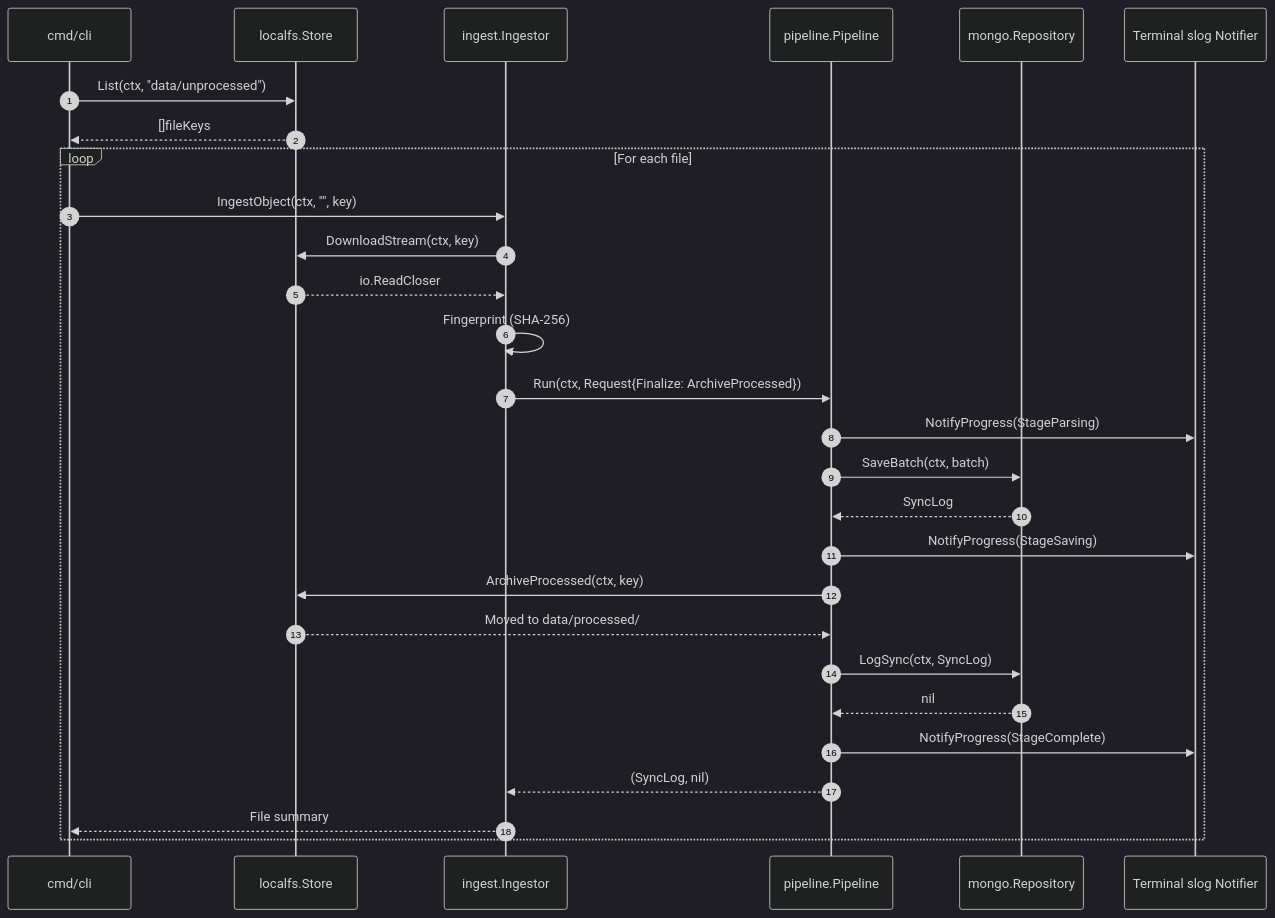
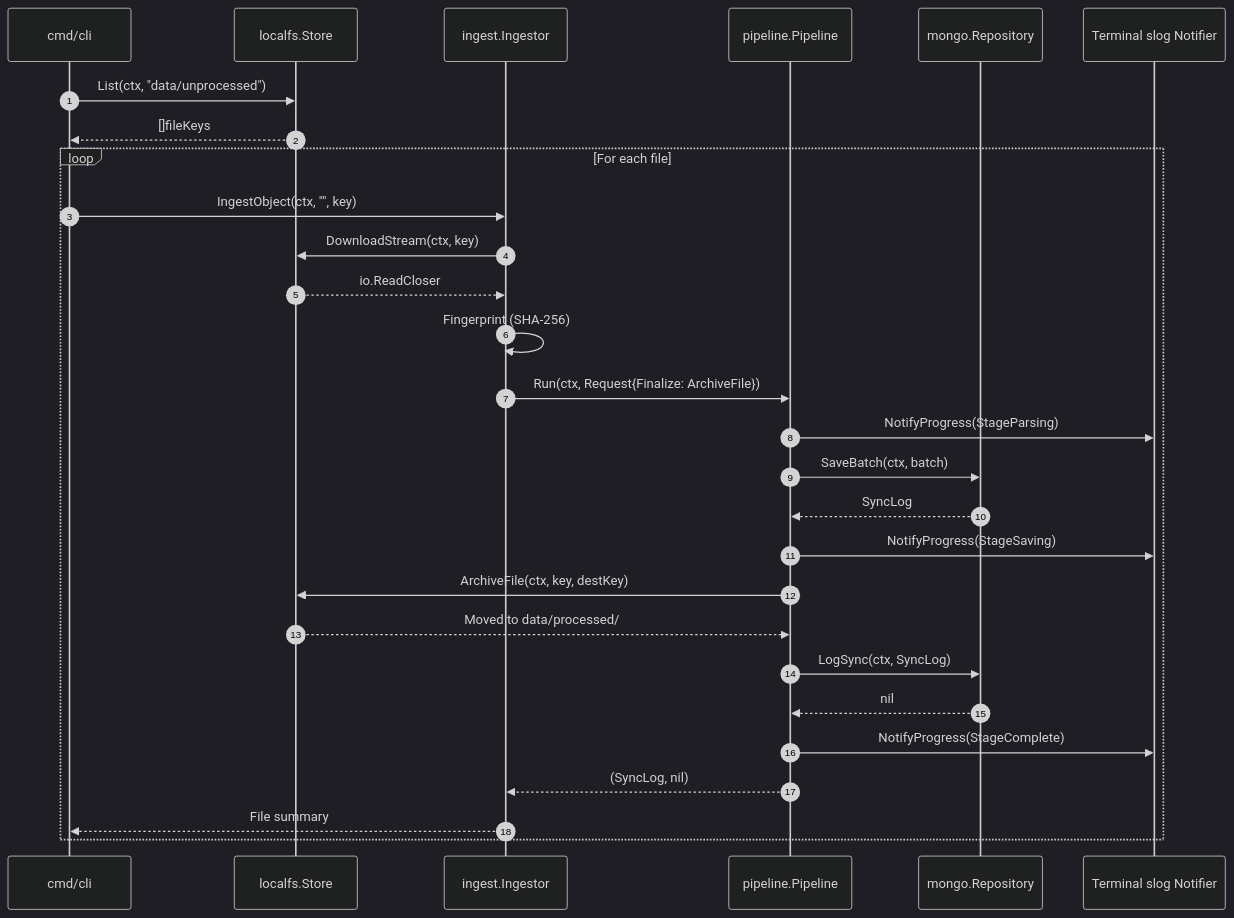
One commit to ajponte/babylon_data_loader changed the second of 3 diagrams in docs/specs/hexagonal-application-pipeline.md. Above: the diagram before and after it, drawn with Mermaid (dark theme). The commit also changed other lines of this file and 2 other files, not shown here.

````diff
--- a/docs/specs/hexagonal-application-pipeline.md
+++ b/docs/specs/hexagonal-application-pipeline.md
@@ -254,31 +254,31 @@
 ```mermaid
 sequenceDiagram
     autonumber
     participant CLI as cmd/cli
     participant LFS as localfs.Store
     participant I as ingest.Ingestor
     participant P as pipeline.Pipeline
     participant R as mongo.Repository
     participant Notifier as Terminal slog Notifier
 
     CLI->>LFS: List(ctx, "data/unprocessed")
     LFS-->>CLI: []fileKeys
     loop For each file
         CLI->>I: IngestObject(ctx, "", key)
         I->>LFS: DownloadStream(ctx, key)
         LFS-->>I: io.ReadCloser
         I->>I: Fingerprint (SHA-256)
-        I->>P: Run(ctx, Request{Finalize: ArchiveProcessed})
+        I->>P: Run(ctx, Request{Finalize: ArchiveFile})
         P->>Notifier: NotifyProgress(StageParsing)
         P->>R: SaveBatch(ctx, batch)
         R-->>P: SyncLog
         P->>Notifier: NotifyProgress(StageSaving)
-        P->>LFS: ArchiveProcessed(ctx, key)
+        P->>LFS: ArchiveFile(ctx, key, destKey)
         LFS-->>P: Moved to data/processed/
         P->>R: LogSync(ctx, SyncLog)
         R-->>P: nil
         P->>Notifier: NotifyProgress(StageComplete)
         P-->>I: (SyncLog, nil)
         I-->>CLI: File summary
     end
 ```
````
